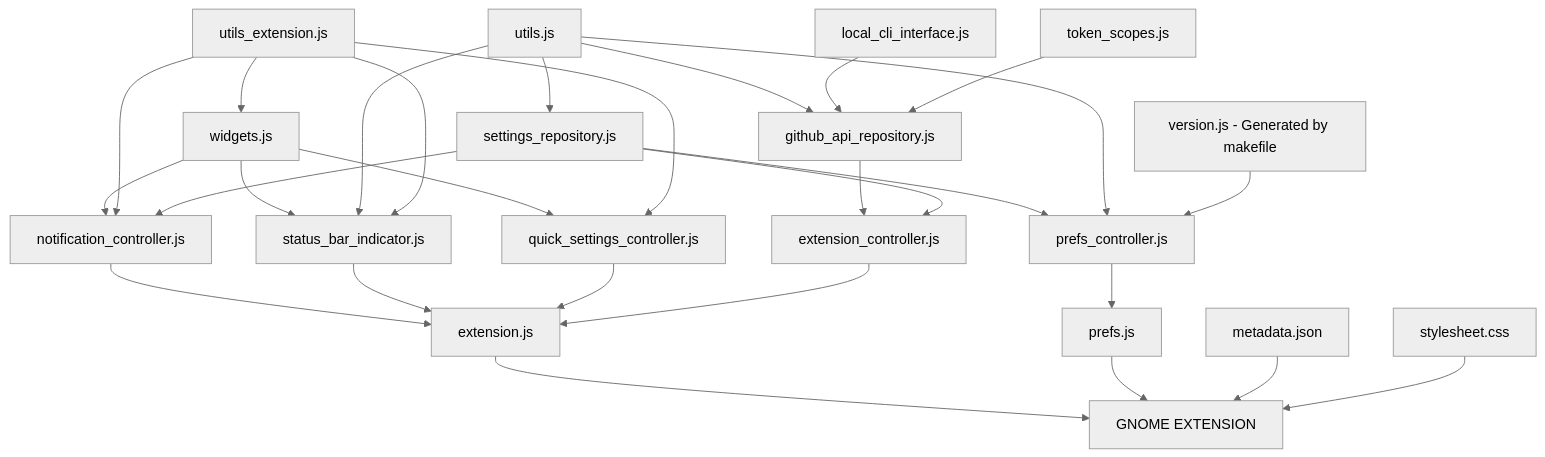
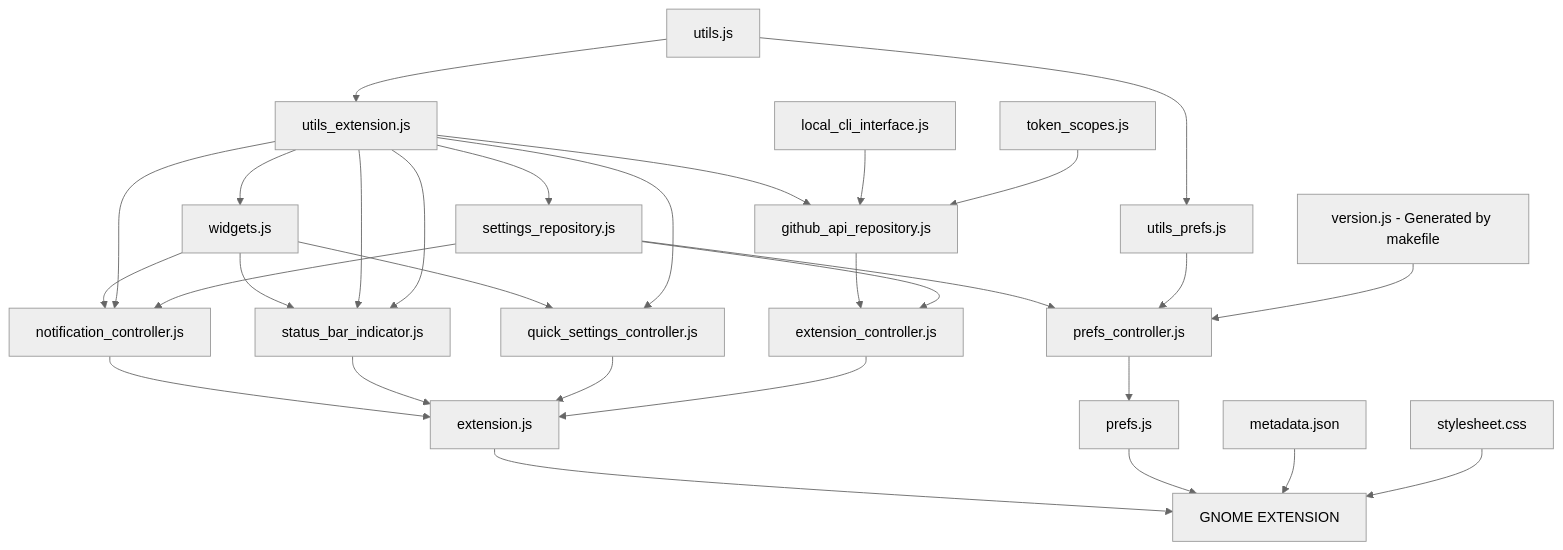
The diagram in README.md (arononak/github-actions-gnome-extension), drawn with Mermaid (neutral theme) before and after one commit. The commit also changed other lines of this file and 6 other files, not shown here.

````diff
--- a/README.md
+++ b/README.md
@@ -32,32 +32,34 @@
 ```mermaid
 graph TD;
-    utils.js-->github_api_repository.js;
+    utils.js-->utils_extension.js;
+    utils_extension.js-->github_api_repository.js;
     local_cli_interface.js-->github_api_repository.js;
     token_scopes.js-->github_api_repository.js;
     github_api_repository.js-->extension_controller.js;
     widgets.js-->status_bar_indicator.js;
     widgets.js-->notification_controller.js;
     notification_controller.js-->extension.js;
     status_bar_indicator.js-->extension.js;
     settings_repository.js-->extension_controller.js;
     quick_settings_controller.js-->extension.js;
     widgets.js-->quick_settings_controller.js;
     extension_controller.js-->extension.js;
-    utils.js-->status_bar_indicator.js;
-    utils.js-->settings_repository.js;
+    utils_extension.js-->status_bar_indicator.js;
+    utils_extension.js-->settings_repository.js;
     settings_repository.js-->prefs_controller.js;
-    utils.js-->prefs_controller.js;
+    utils.js-->utils_prefs.js;
+    utils_prefs.js-->prefs_controller.js;
     prefs_controller.js-->prefs.js
     utils_extension.js-->widgets.js
     utils_extension.js-->quick_settings_controller.js
     utils_extension.js-->status_bar_indicator.js
     utils_extension.js-->notification_controller.js
     settings_repository.js-->notification_controller.js
 
     version.js[version.js - Generated by makefile]-->prefs_controller.js;
 
     extension.js-->EXTENSION[GNOME EXTENSION]
     prefs.js-->EXTENSION[GNOME EXTENSION]
     metadata.json-->EXTENSION[GNOME EXTENSION]
     stylesheet.css-->EXTENSION[GNOME EXTENSION]
 ```
````
